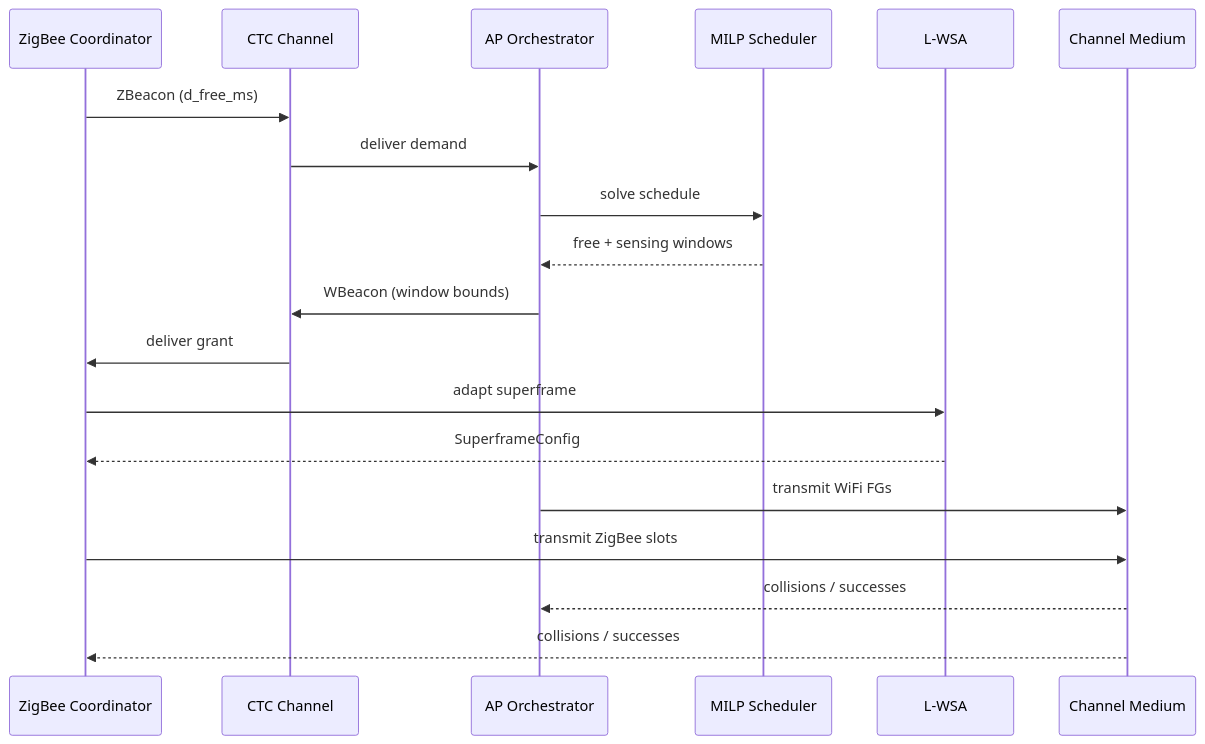
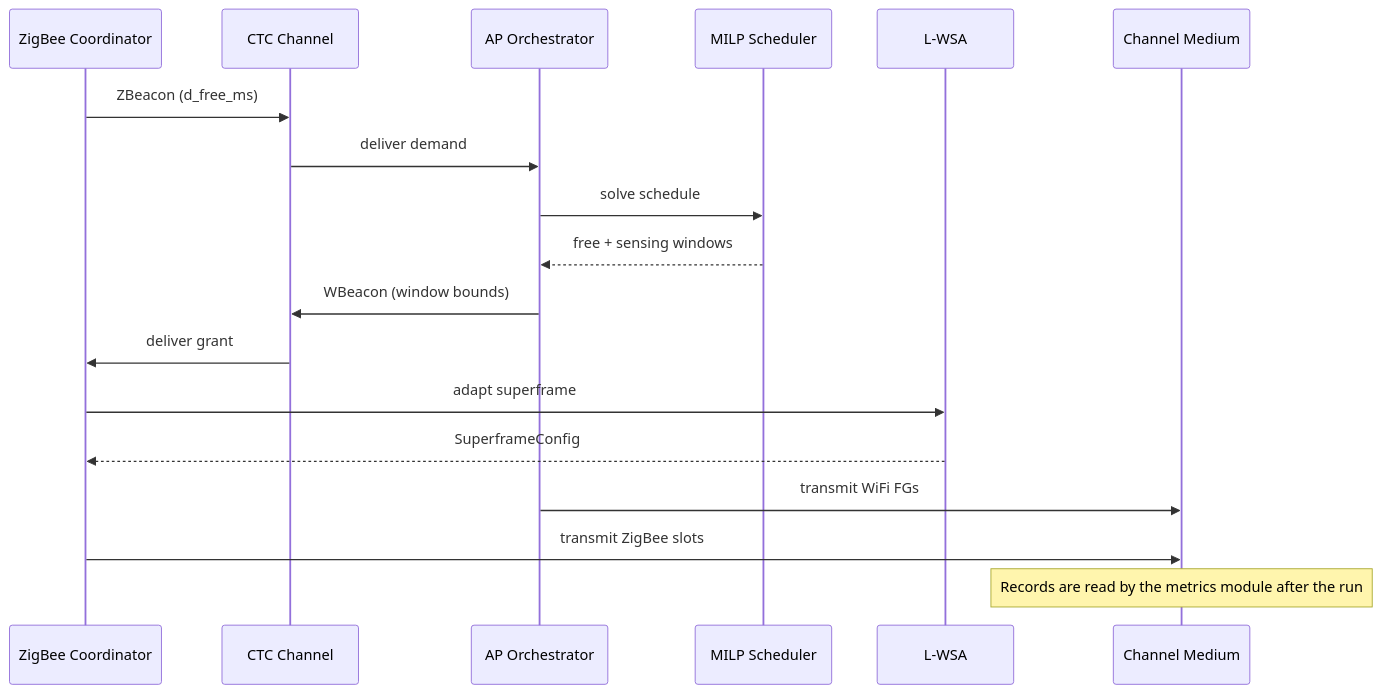
One commit to DIVYANSHSAXENA23/cowicmac-case-study changed the first of 2 diagrams in reviews/study_guide_upayan.md. Above: the diagram before and after it, drawn with Mermaid. The commit also changed other lines of this file and 4 other files, not shown here.

````diff
--- a/reviews/study_guide_upayan.md
+++ b/reviews/study_guide_upayan.md
@@ -55,22 +55,21 @@
 ```mermaid
 sequenceDiagram
   participant ZC as ZigBee Coordinator
   participant CTC as CTC Channel
   participant AP as AP Orchestrator
   participant MILP as MILP Scheduler
   participant LWSA as L-WSA
   participant CH as Channel Medium
 
   ZC->>CTC: ZBeacon (d_free_ms)
   CTC->>AP: deliver demand
   AP->>MILP: solve schedule
   MILP-->>AP: free + sensing windows
   AP->>CTC: WBeacon (window bounds)
   CTC->>ZC: deliver grant
   ZC->>LWSA: adapt superframe
   LWSA-->>ZC: SuperframeConfig
   AP->>CH: transmit WiFi FGs
   ZC->>CH: transmit ZigBee slots
-  CH-->>AP: collisions / successes
-  CH-->>ZC: collisions / successes
+  Note over CH: Records are read by the metrics module after the run
 ```
````
